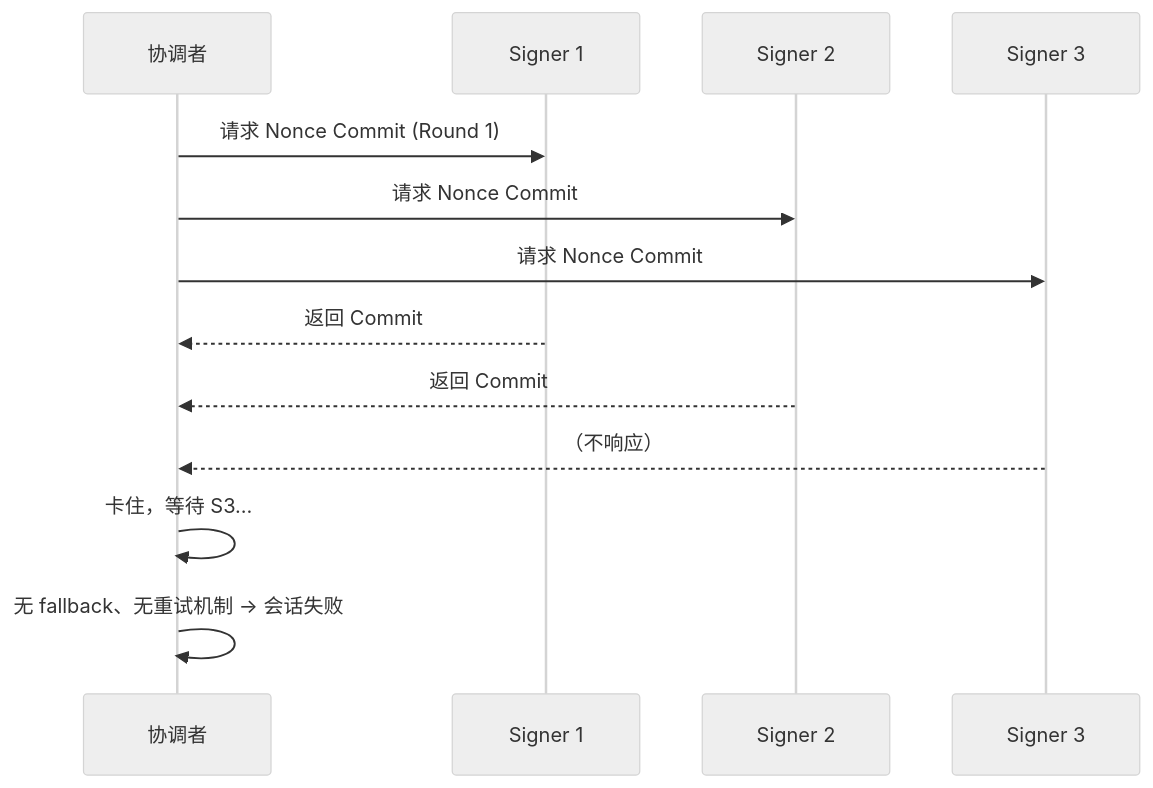
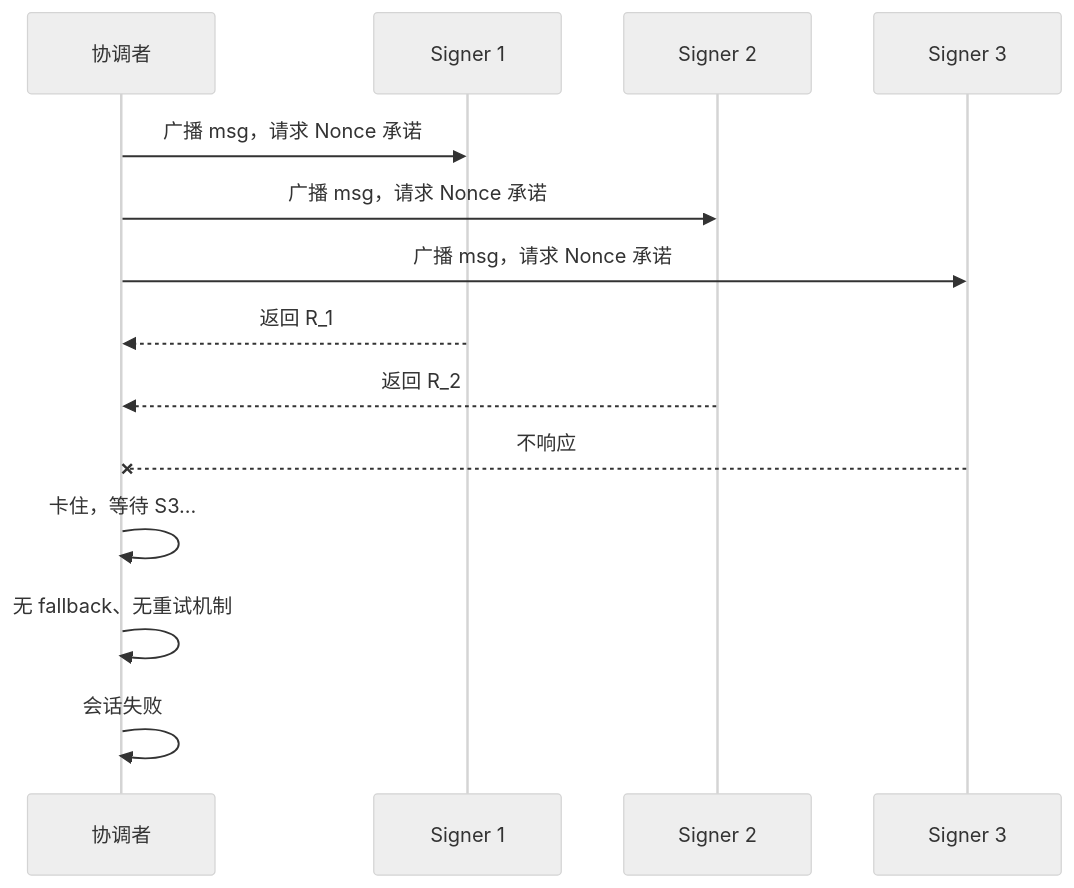
Before and after one commit to davidLeeeeeeeeeeee/dex: the fourth of 7 diagrams in frost/different.md, drawn with Mermaid (neutral theme). The commit also changed other lines of this file, not shown here.

````diff
--- a/frost/different.md
+++ b/frost/different.md
@@ -78,18 +116,19 @@
 ```mermaid
 sequenceDiagram
     participant C as 协调者
     participant S1 as Signer 1
     participant S2 as Signer 2
     participant S3 as Signer 3
 
-    C->>S1: 请求 Nonce Commit (Round 1)
-    C->>S2: 请求 Nonce Commit
-    C->>S3: 请求 Nonce Commit
+    C->>S1: 广播 msg，请求 Nonce 承诺
+    C->>S2: 广播 msg，请求 Nonce 承诺
+    C->>S3: 广播 msg，请求 Nonce 承诺
 
-    S1-->>C: 返回 Commit
-    S2-->>C: 返回 Commit
-    S3-->>C: （不响应）
+    S1-->>C: 返回 R_1
+    S2-->>C: 返回 R_2
+    S3--xC: 不响应
 
-    C->>C: 卡住，等待 S3…
-    C->>C: 无 fallback、无重试机制 → 会话失败
+    C->>C: 卡住，等待 S3...
+    C->>C: 无 fallback、无重试机制
+    C->>C: 会话失败
 ```
````
